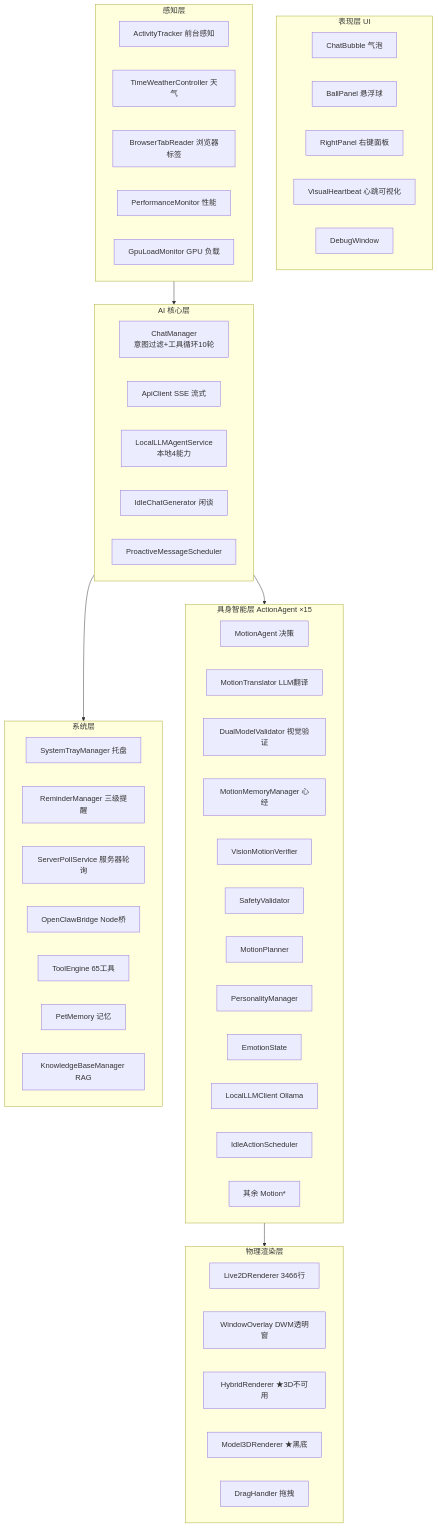
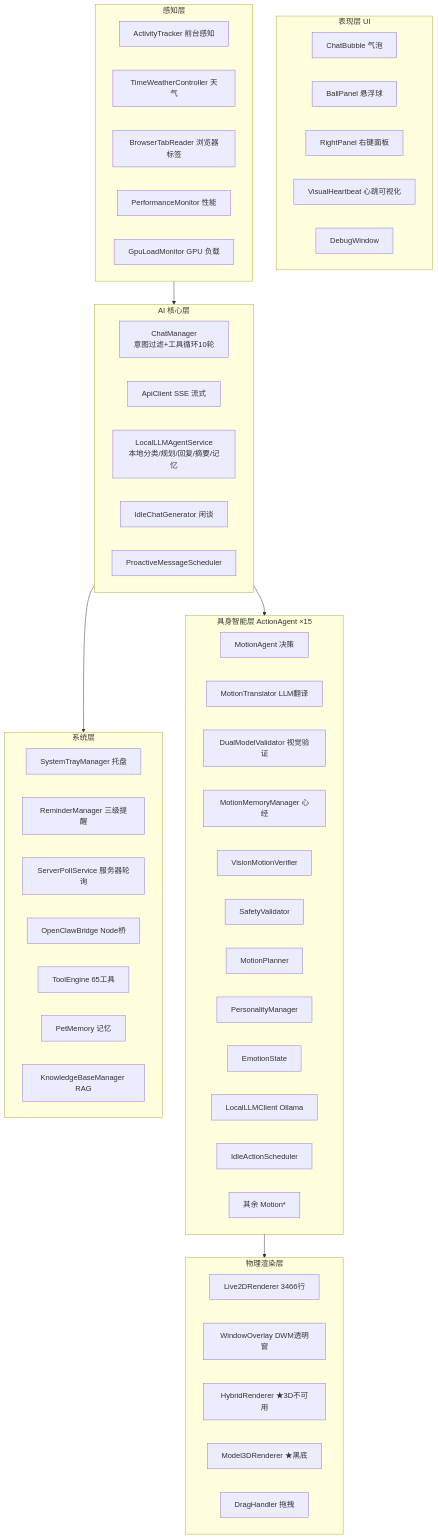
Before and after one commit to xuan-852/FuXuan_deskpet: the diagram in docs/code-truth-architecture.md, drawn with Mermaid. The commit also changed other lines of this file and 11 other files, not shown here.

````diff
--- a/docs/code-truth-architecture.md
+++ b/docs/code-truth-architecture.md
@@ -54,64 +54,64 @@
 ```mermaid
 flowchart TB
     subgraph UI[表现层 UI]
         A1[ChatBubble 气泡]
         A2[BallPanel 悬浮球]
         A3[RightPanel 右键面板]
         A4[VisualHeartbeat 心跳可视化]
         A5[DebugWindow]
     end
 
     subgraph AI[AI 核心层]
         B1[ChatManager<br/>意图过滤+工具循环10轮]
         B2[ApiClient SSE 流式]
-        B3[LocalLLMAgentService<br/>本地4能力]
+        B3[LocalLLMAgentService<br/>本地分类/规划/回复/摘要/记忆]
         B4[IdleChatGenerator 闲谈]
         B5[ProactiveMessageScheduler]
     end
 
     subgraph PER[感知层]
         C1[ActivityTracker 前台感知]
         C2[TimeWeatherController 天气]
         C3[BrowserTabReader 浏览器标签]
         C4[PerformanceMonitor 性能]
         C5[GpuLoadMonitor GPU 负载]
     end
 
     subgraph EMB[具身智能层 ActionAgent ×15]
         D1[MotionAgent 决策]
         D2[MotionTranslator LLM翻译]
         D3[DualModelValidator 视觉验证]
         D4[MotionMemoryManager 心经]
         D5[VisionMotionVerifier]
         D6[SafetyValidator]
         D7[MotionPlanner]
         D8[PersonalityManager]
         D9[EmotionState]
         D10[LocalLLMClient Ollama]
         D11[IdleActionScheduler]
         D12[其余 Motion*]
     end
 
     subgraph PHYS[物理渲染层]
         E1[Live2DRenderer 3466行]
         E2[WindowOverlay DWM透明窗]
         E3[HybridRenderer ★3D不可用]
         E4[Model3DRenderer ★黑底]
         E5[DragHandler 拖拽]
     end
 
     subgraph SYS[系统层]
         F1[SystemTrayManager 托盘]
         F2[ReminderManager 三级提醒]
         F3[ServerPollService 服务器轮询]
         F4[OpenClawBridge Node桥]
         F5[ToolEngine 65工具]
         F6[PetMemory 记忆]
         F7[KnowledgeBaseManager RAG]
     end
 
     AI --> EMB
     PER --> AI
     EMB --> PHYS
     AI --> SYS
 ```
````
